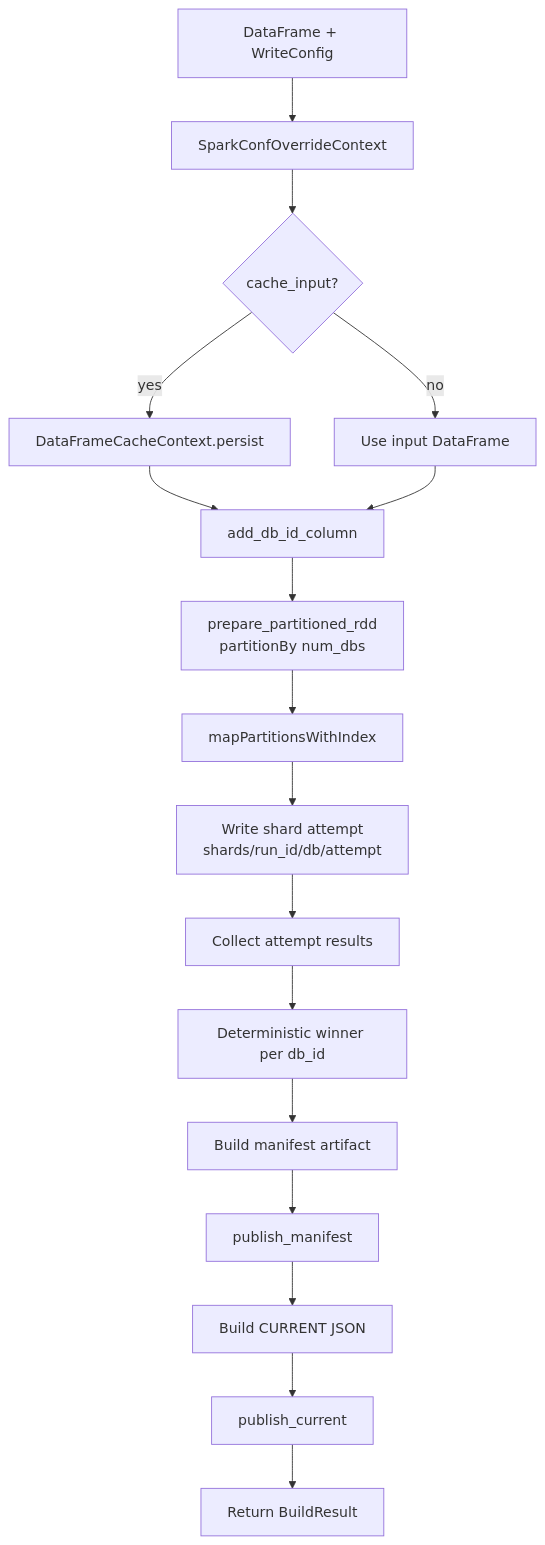
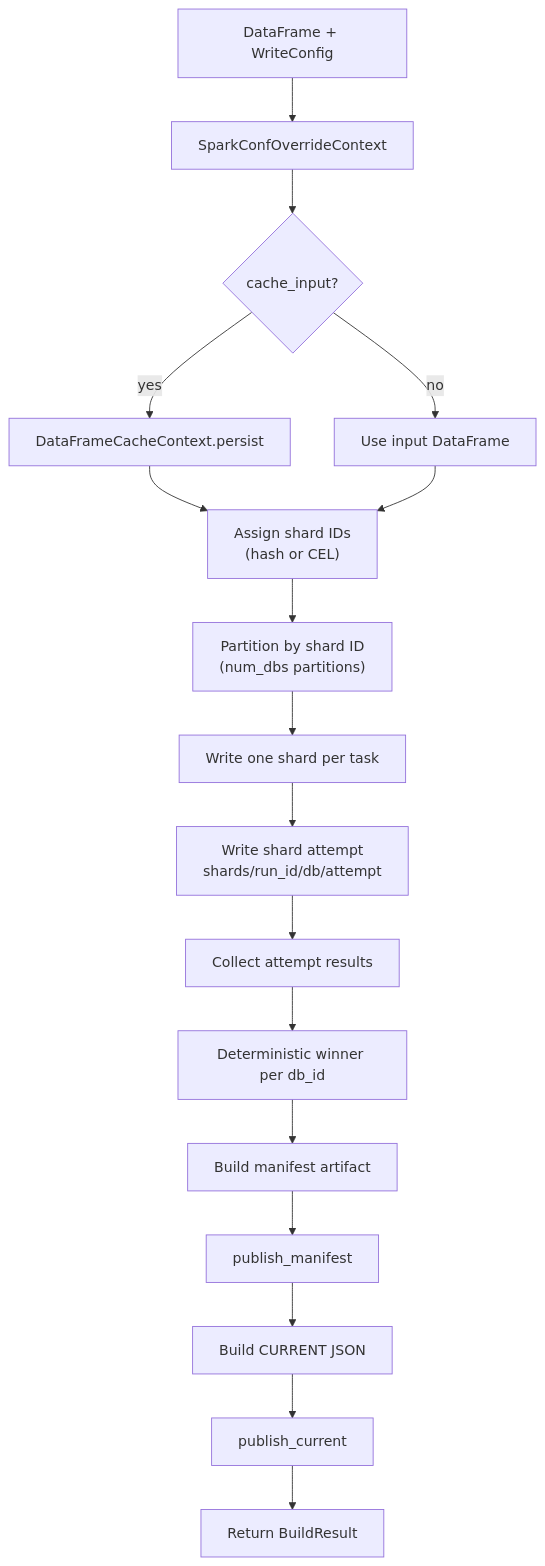
The third of 4 diagrams in docs/how-it-works.md (elkin/shardyfusion), drawn with Mermaid before and after one commit. The commit also changed other lines of this file and 6 other files, not shown here.

First line of the commit message:
docs: rewrite per-writer docs as behavioral guides, add CEL sharding coverage

````diff
--- a/docs/how-it-works.md
+++ b/docs/how-it-works.md
@@ -270,19 +363,19 @@
 ```mermaid
 flowchart TD
     A[DataFrame + WriteConfig] --> B[SparkConfOverrideContext]
     B --> C{cache_input?}
     C -->|yes| D[DataFrameCacheContext.persist]
     C -->|no| E[Use input DataFrame]
-    D --> F[add_db_id_column]
+    D --> F["Assign shard IDs<br/>(hash or CEL)"]
     E --> F
-    F --> G["prepare_partitioned_rdd<br/>partitionBy num_dbs"]
-    G --> H[mapPartitionsWithIndex]
+    F --> G["Partition by shard ID<br/>(num_dbs partitions)"]
+    G --> H["Write one shard per task"]
     H --> I["Write shard attempt<br/>shards/run_id/db/attempt"]
     I --> J[Collect attempt results]
     J --> K[Deterministic winner per db_id]
     K --> L[Build manifest artifact]
     L --> M[publish_manifest]
     M --> N[Build CURRENT JSON]
     N --> O[publish_current]
     O --> P[Return BuildResult]
 ```
````
